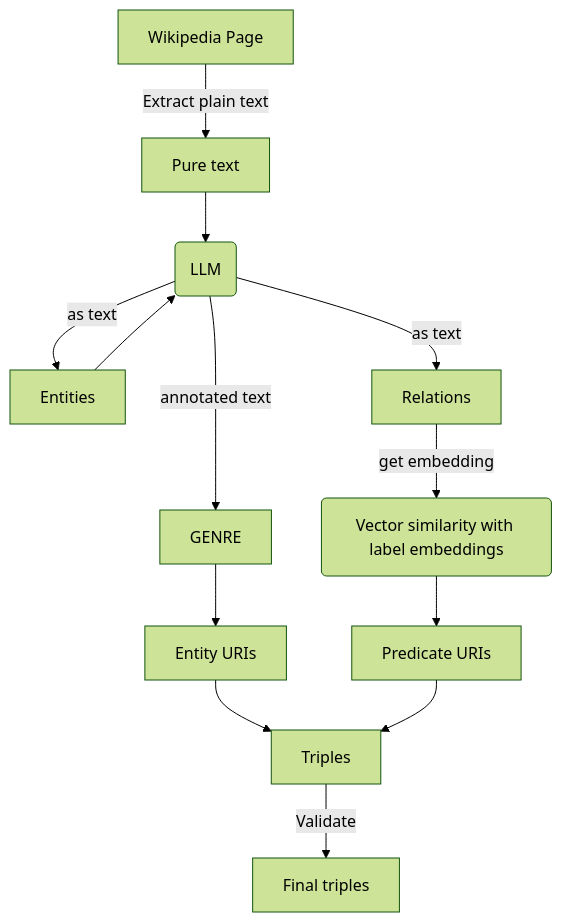
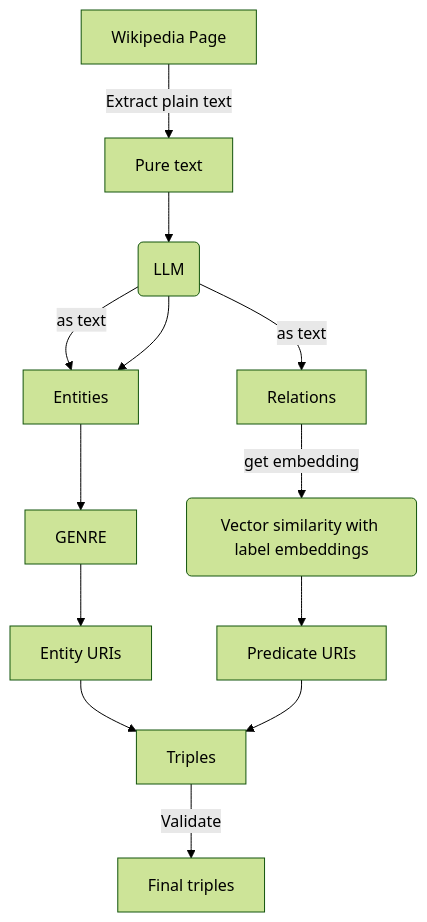
Before and after one commit to smilingprogrammer/GSoC-2024-blog: the diagram in index.md, drawn with Mermaid (forest theme).

````diff
--- a/index.md
+++ b/index.md
@@ -30,23 +30,23 @@
 ```mermaid
 graph TD
     wiki_page[Wikipedia Page] --Extract plain text--> pure_text[Pure text]
 
     pure_text-->llm(LLM)
     llm--as text-->entities[Entities]
     llm--as text-->relations[Relations]
     
     relations--get embedding-->vector_similarity(Vector similarity with label embeddings);
     vector_similarity-->predicate_uris[Predicate URIs]
 
-    entities-->llm
+    llm-->entities
 
-    llm--annotated text-->genre[GENRE]
+    entities-->genre[GENRE]
 
     genre-->entity_uris[Entity URIs]
     
     entity_uris-->triples[Triples]
     predicate_uris-->triples[Triples]
     triples--Validate-->final_triples[Final triples]
 
     ;
 ```
````
